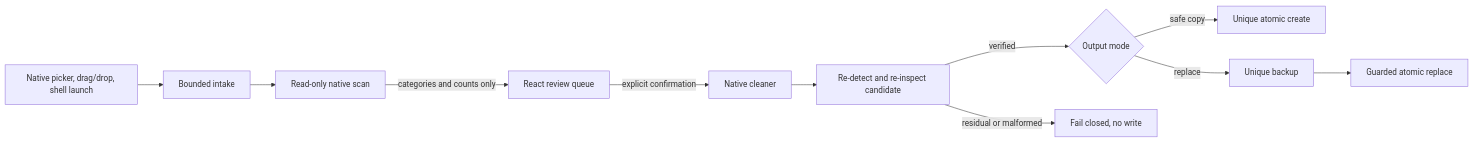
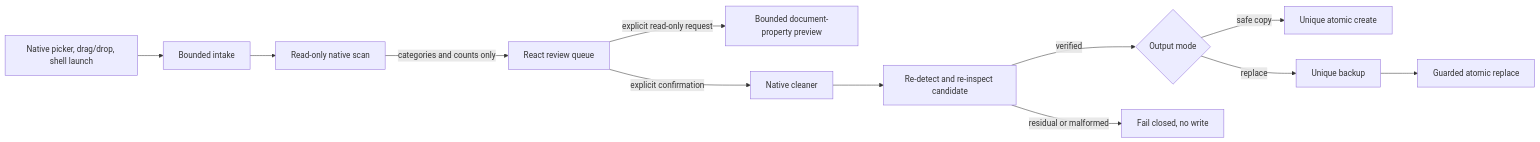
The diagram in docs/ARCHITECTURE.md (Moresyl/metaclean), drawn with Mermaid before and after one commit. The commit also changed other lines of this file and 17 other files, not shown here.

````diff
--- a/docs/ARCHITECTURE.md
+++ b/docs/ARCHITECTURE.md
@@ -15,13 +15,14 @@
 ```mermaid
 flowchart LR
   A[Native picker, drag/drop, shell launch] --> B[Bounded intake]
   B --> C[Read-only native scan]
   C -->|categories and counts only| D[React review queue]
+  D -->|explicit read-only request| P[Bounded document-property preview]
   D -->|explicit confirmation| E[Native cleaner]
   E --> F[Re-detect and re-inspect candidate]
   F -->|verified| G{Output mode}
   G -->|safe copy| H[Unique atomic create]
   G -->|replace| I[Unique backup]
   I --> J[Guarded atomic replace]
   F -->|residual or malformed| K[Fail closed, no write]
 ```
````
